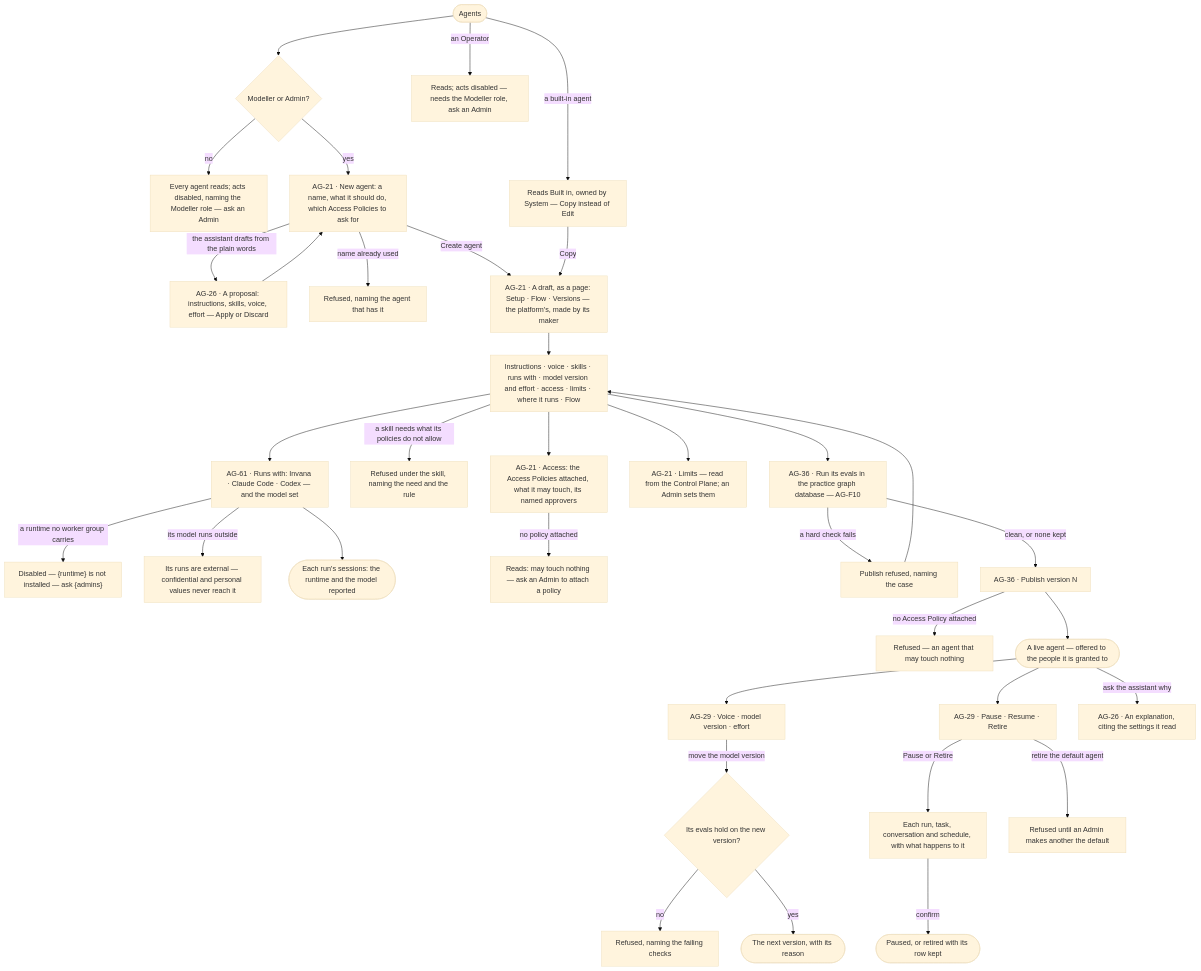
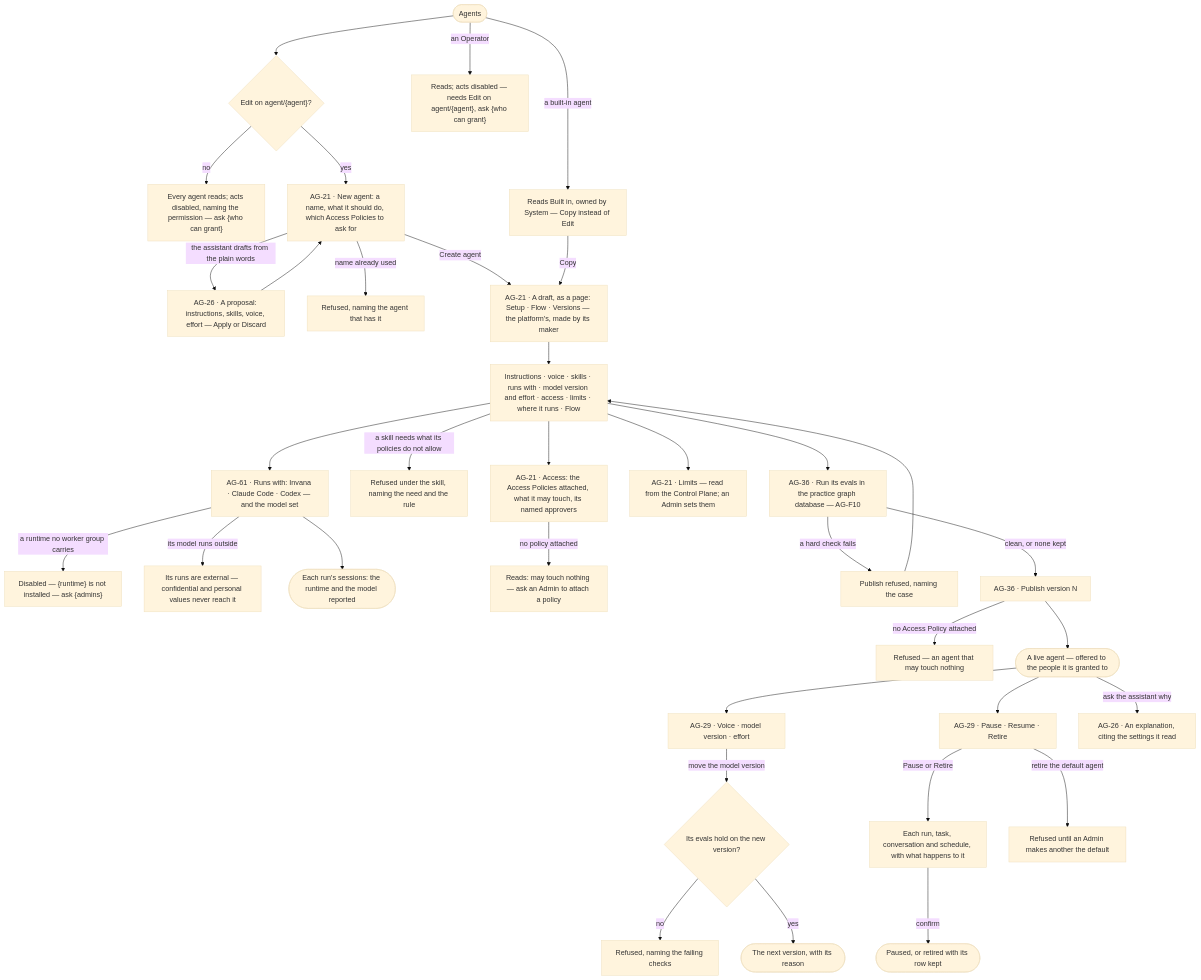
Before and after one commit to invana/invana: the first of 2 diagrams in specs/capabilities/agents/features/AG-F01-build-an-agent/feature.md, drawn with Mermaid (base theme). The commit also changed other lines of this file and 228 other files, not shown here.

````diff
--- a/specs/capabilities/agents/features/AG-F01-build-an-agent/feature.md
+++ b/specs/capabilities/agents/features/AG-F01-build-an-agent/feature.md
@@ -26,36 +26,36 @@
 ```mermaid
 flowchart TD
-  start([Agents]) --> may{"Modeller or Admin?"}
-  may -->|no| ro["Every agent reads; acts disabled, naming the Modeller role — ask an Admin"]
+  start([Agents]) --> may{"Edit on agent/{agent}?"}
+  may -->|no| ro["Every agent reads; acts disabled, naming the permission — ask {who can grant}"]
   may -->|yes| new["AG-21 · New agent: a name, what it should do, which Access Policies to ask for"]
   new -->|the assistant drafts from the plain words| as["AG-26 · A proposal: instructions, skills, voice, effort — Apply or Discard"]
   as --> new
   new -->|name already used| nx["Refused, naming the agent that has it"]
   new -->|Create agent| draft["AG-21 · A draft, as a page: Setup · Flow · Versions — the platform's, made by its maker"]
-  start -->|an Operator| no["Reads; acts disabled — needs the Modeller role, ask an Admin"]
+  start -->|an Operator| no["Reads; acts disabled — needs Edit on agent/{agent}, ask {who can grant}"]
   start -->|a built-in agent| bi["Reads Built in, owned by System — Copy instead of Edit"]
   bi -->|Copy| draft
   draft --> setup["Instructions · voice · skills · runs with · model version and effort · access · limits · where it runs · Flow"]
   setup --> rw["AG-61 · Runs with: Invana · Claude Code · Codex — and the model set"]
   rw -->|a runtime no worker group carries| rwx["Disabled — {runtime} is not installed — ask {admins}"]
   rw -->|its model runs outside| rwe["Its runs are external — confidential and personal values never reach it"]
   rw --> rwr(["Each run's sessions: the runtime and the model reported"])
   setup -->|a skill needs what its policies do not allow| mark["Refused under the skill, naming the need and the rule"]
   setup --> acc["AG-21 · Access: the Access Policies attached, what it may touch, its named approvers"]
   acc -->|no policy attached| nop["Reads: may touch nothing — ask an Admin to attach a policy"]
   setup --> lim["AG-21 · Limits — read from the Control Plane; an Admin sets them"]
   setup --> test["AG-36 · Run its evals in the practice graph database — AG-F10"]
   test -->|a hard check fails| tf["Publish refused, naming the case"] --> setup
   test -->|clean, or none kept| pub["AG-36 · Publish version N"]
   pub -->|no Access Policy attached| px["Refused — an agent that may touch nothing"]
   pub --> live([A live agent — offered to the people it is granted to])
   live --> tune["AG-29 · Voice · model version · effort"]
   tune -->|move the model version| ev{Its evals hold on the new version?}
   ev -->|no| evx["Refused, naming the failing checks"]
   ev -->|yes| v2(["The next version, with its reason"])
   live --> life["AG-29 · Pause · Resume · Retire"]
   life -->|Pause or Retire| prev["Each run, task, conversation and schedule, with what happens to it"]
   prev -->|confirm| done([Paused, or retired with its row kept])
   life -->|retire the default agent| dx["Refused until an Admin makes another the default"]
   live -->|ask the assistant why| as2["AG-26 · An explanation, citing the settings it read"]
 ```
````
